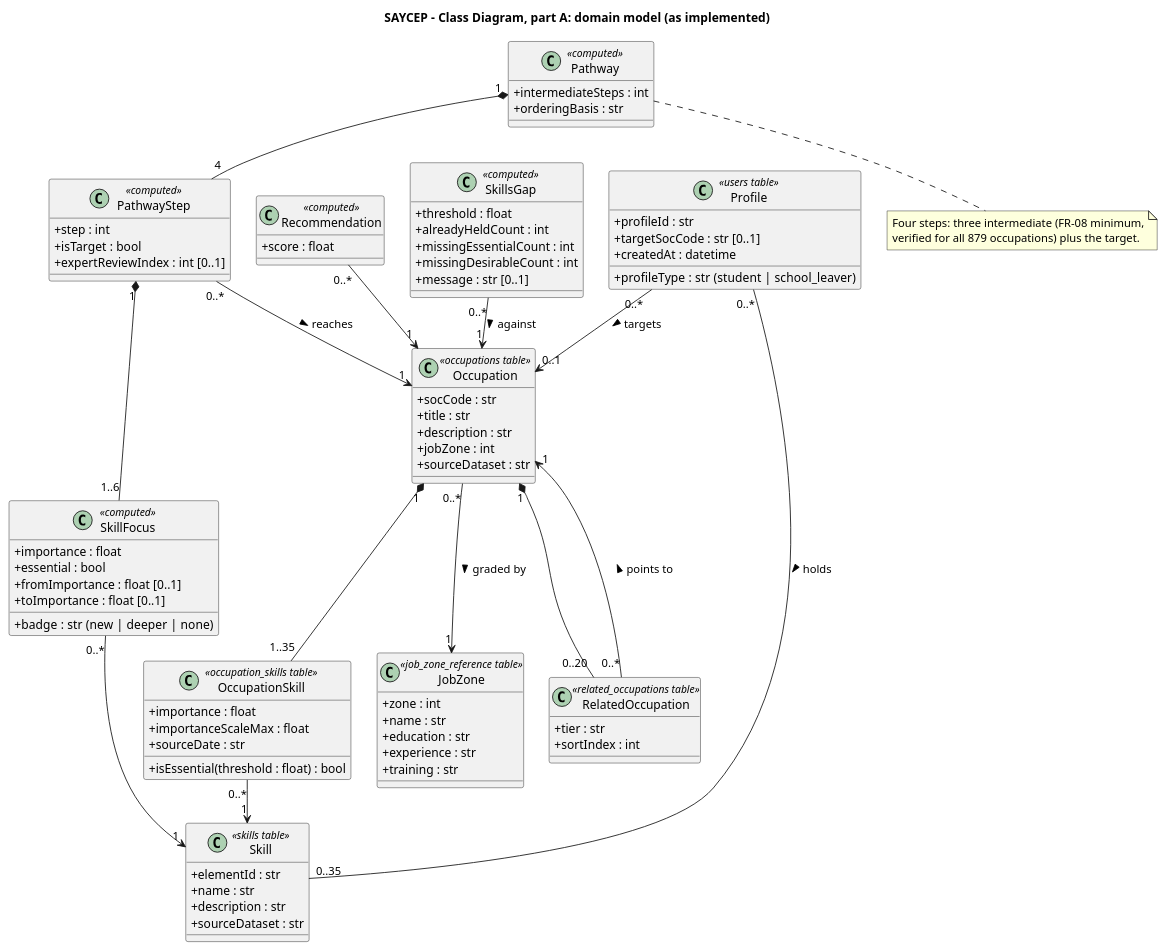
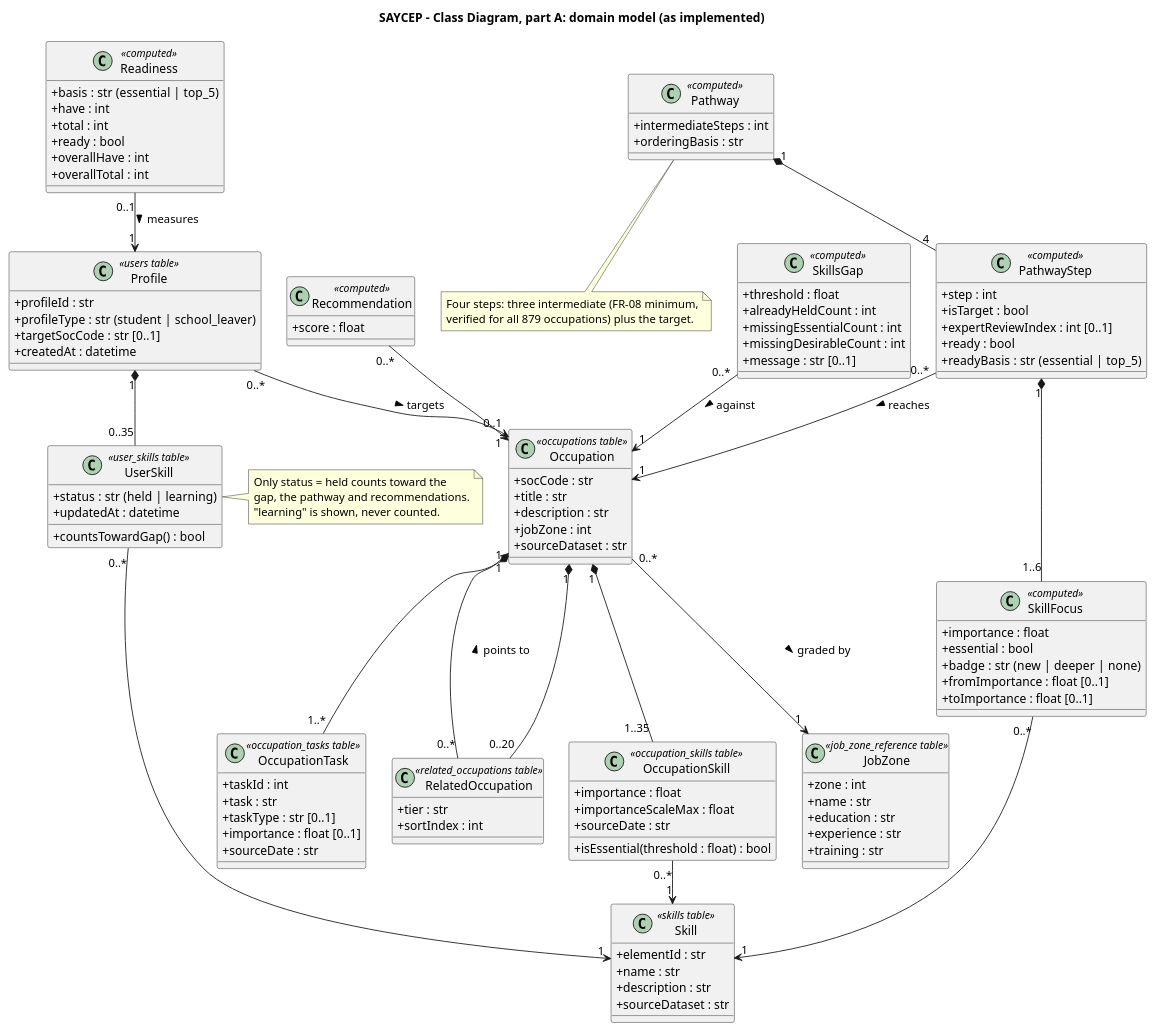
The diagram in docs/uml/a3/03a-class-domain.puml (ShogunLSG/SAYCEP), drawn with PlantUML before and after one commit. The commit also changed 26 other files, not shown here.

First line of the commit message:
Redraw the Assignment 3 diagrams for the built system

```diff
--- a/docs/uml/a3/03a-class-domain.puml
+++ b/docs/uml/a3/03a-class-domain.puml
@@ -1,96 +1,130 @@
 @startuml SAYCEP_A3_Class_Domain
 ' Assignment 3 Q3.3, part A - the domain model as implemented: persisted
 ' tables and the results computed per request.
 ' Changes from Assignment 2: profile type is a discriminator column, not two
 ' subclasses; PathwayStep carries SkillFocus items badged new or deeper;
 ' a Pathway has exactly four steps (three intermediate plus the target).
+' Version 1.1 (30 September): UserSkill carries a progress status
+' (ADR-0005); OccupationTask added (ADR-0007); Readiness and step
+' readiness computed for the My plan dashboard.
 title SAYCEP - Class Diagram, part A: domain model (as implemented)
 skinparam classAttributeIconSize 0
 skinparam shadowing false
 skinparam nodesep 30
 skinparam ranksep 40
 
 class Profile <<users table>> {
   + profileId : str
-  + profileType : str  (student | school_leaver)
+  + {field} profileType : str  (student | school_leaver)
   + targetSocCode : str [0..1]
   + createdAt : datetime
+}
+class UserSkill <<user_skills table>> {
+  + {field} status : str  (held | learning)
+  + updatedAt : datetime
+  + countsTowardGap() : bool
 }
 class Skill <<skills table>> {
   + elementId : str
   + name : str
   + description : str
   + sourceDataset : str
 }
 class Occupation <<occupations table>> {
   + socCode : str
   + title : str
   + description : str
   + jobZone : int
   + sourceDataset : str
 }
 class OccupationSkill <<occupation_skills table>> {
   + importance : float
   + importanceScaleMax : float
   + sourceDate : str
   + isEssential(threshold : float) : bool
 }
 class JobZone <<job_zone_reference table>> {
   + zone : int
   + name : str
   + education : str
   + experience : str
   + training : str
 }
+class OccupationTask <<occupation_tasks table>> {
+  + taskId : int
+  + task : str
+  + taskType : str [0..1]
+  + importance : float [0..1]
+  + sourceDate : str
+}
 class RelatedOccupation <<related_occupations table>> {
   + tier : str
   + sortIndex : int
 }
 
 class SkillsGap <<computed>> {
   + threshold : float
   + alreadyHeldCount : int
   + missingEssentialCount : int
   + missingDesirableCount : int
   + message : str [0..1]
 }
 class Pathway <<computed>> {
   + intermediateSteps : int
   + orderingBasis : str
 }
 class PathwayStep <<computed>> {
   + step : int
   + isTarget : bool
   + expertReviewIndex : int [0..1]
+  + ready : bool
+  + {field} readyBasis : str  (essential | top_5)
+}
+class Readiness <<computed>> {
+  + {field} basis : str  (essential | top_5)
+  + have : int
+  + total : int
+  + ready : bool
+  + overallHave : int
+  + overallTotal : int
 }
 class SkillFocus <<computed>> {
   + importance : float
   + essential : bool
-  + badge : str  (new | deeper | none)
+  + {field} badge : str  (new | deeper | none)
   + fromImportance : float [0..1]
   + toImportance : float [0..1]
 }
 class Recommendation <<computed>> {
   + score : float
 }
 
-Profile "0..*" -- "0..35" Skill : holds >
+Profile "1" *-- "0..35" UserSkill
+UserSkill "0..*" --> "1" Skill
 Profile "0..*" --> "0..1" Occupation : targets >
 Occupation "1" *-- "1..35" OccupationSkill
 OccupationSkill "0..*" --> "1" Skill
 Occupation "0..*" --> "1" JobZone : graded by >
 Occupation "1" *-- "0..20" RelatedOccupation
+Occupation "1" *-- "1..*" OccupationTask
 RelatedOccupation "0..*" --> "1" Occupation : points to >
 
 SkillsGap "0..*" --> "1" Occupation : against >
 Pathway "1" *-- "4" PathwayStep
 PathwayStep "1" *-- "1..6" SkillFocus
 PathwayStep "0..*" --> "1" Occupation : reaches >
 SkillFocus "0..*" --> "1" Skill
 Recommendation "0..*" --> "1" Occupation
+Readiness "0..1" --> "1" Profile : measures >
+
+note right of UserSkill
+  Only status = held counts toward the
+  gap, the pathway and recommendations.
+  "learning" is shown, never counted.
+end note
 
 note bottom of Pathway
   Four steps: three intermediate (FR-08 minimum,
   verified for all 879 occupations) plus the target.
 end note
 @enduml
```
